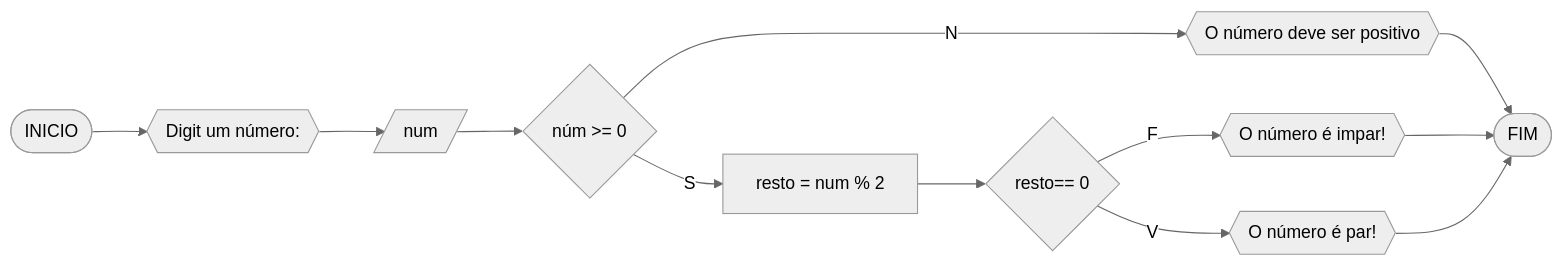
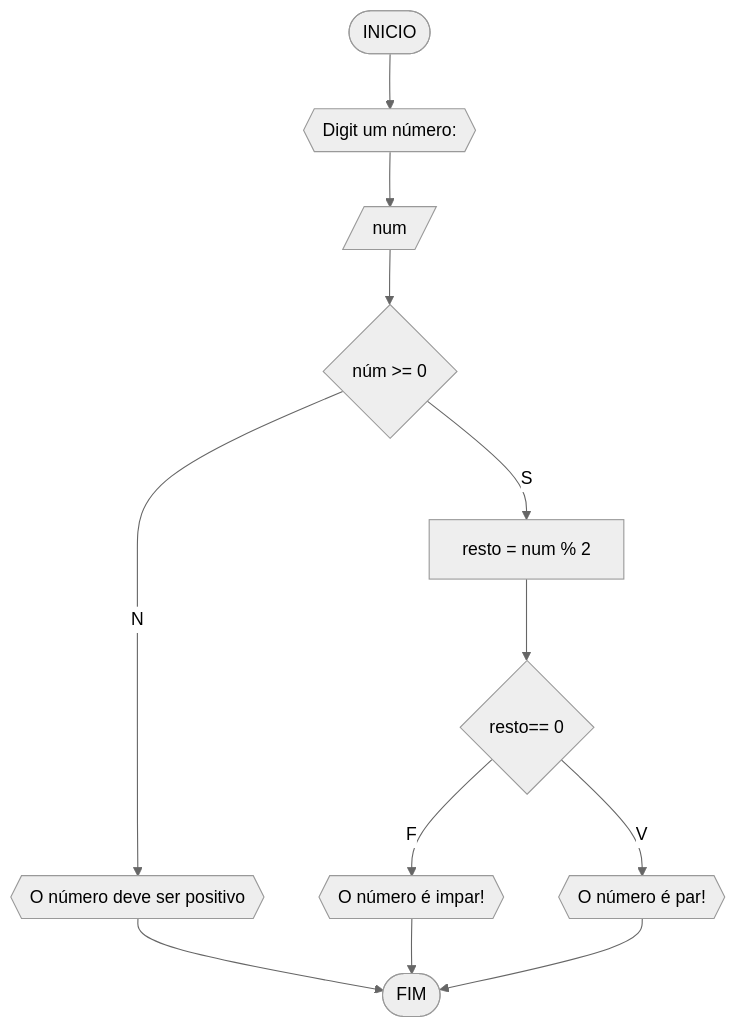
Before and after one commit to luc2a0/unifor: the second of 2 diagrams in RLA/lista1_exercicios.md, drawn with Mermaid (neutral theme). The commit also changed other lines of this file, not shown here.

````diff
--- a/RLA/lista1_exercicios.md
+++ b/RLA/lista1_exercicios.md
@@ -17,14 +14,14 @@
 ```mermaid
-flowchart LR
+flowchart TD
 A([INICIO]) --> B{{Digit um número:}}	
 B --> C[/num/]
 C --> D{núm >= 0}
 D --N--> E{{O número deve ser positivo}}
 E --> F([FIM])
 D --S--> G[resto = num % 2]
 G --> H{resto== 0}
 H --F--> I{{O número é impar!}}
 H --V--> J{{O número é par!}}
 I --> F
 J -->F
 ```
````
